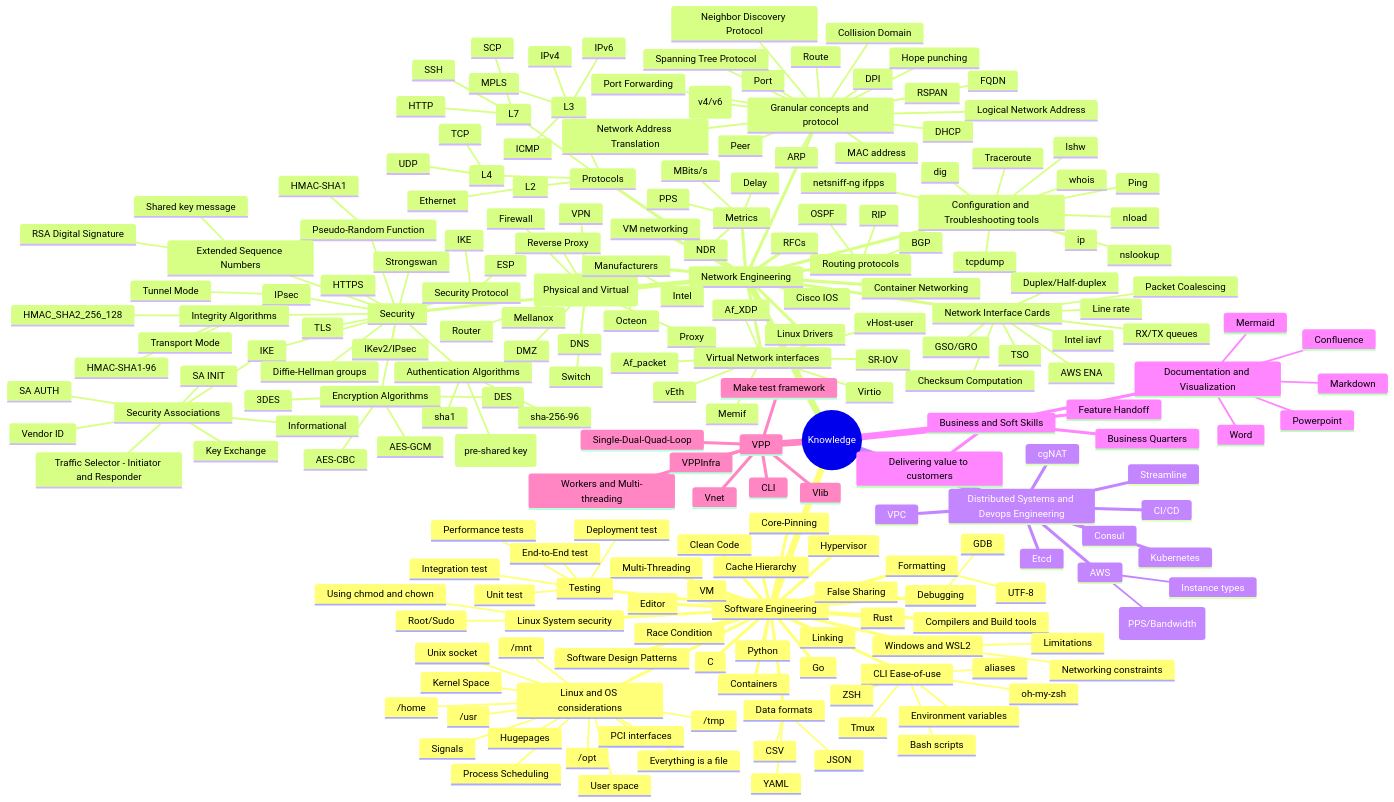
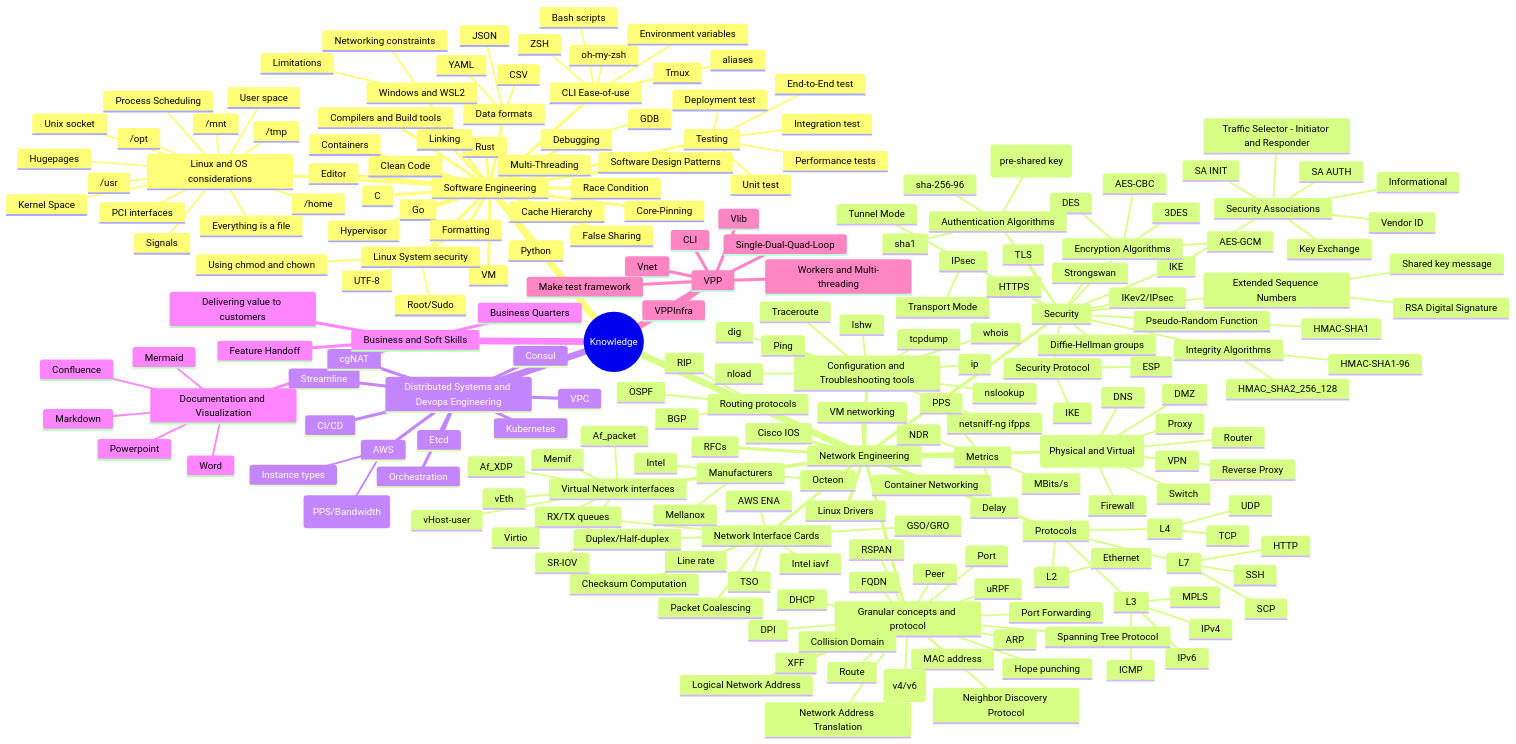
The diagram in content/posts/swe-network-engineer.md (read-the-ducks/site), drawn with Mermaid before and after one commit.

```diff
--- a/content/posts/swe-network-engineer.md
+++ b/content/posts/swe-network-engineer.md
@@ -142,6 +142,8 @@
           RIP
         Granular concepts and protocol
             FQDN
+            XFF
+            uRPF
             ARP
             Route
             Peer
@@ -202,6 +204,7 @@
             Instance types
             Limitations (PPS/Bandwidth)
         Streamline
+        Orchestration
         CI/CD
         Etcd
         Consul
```
